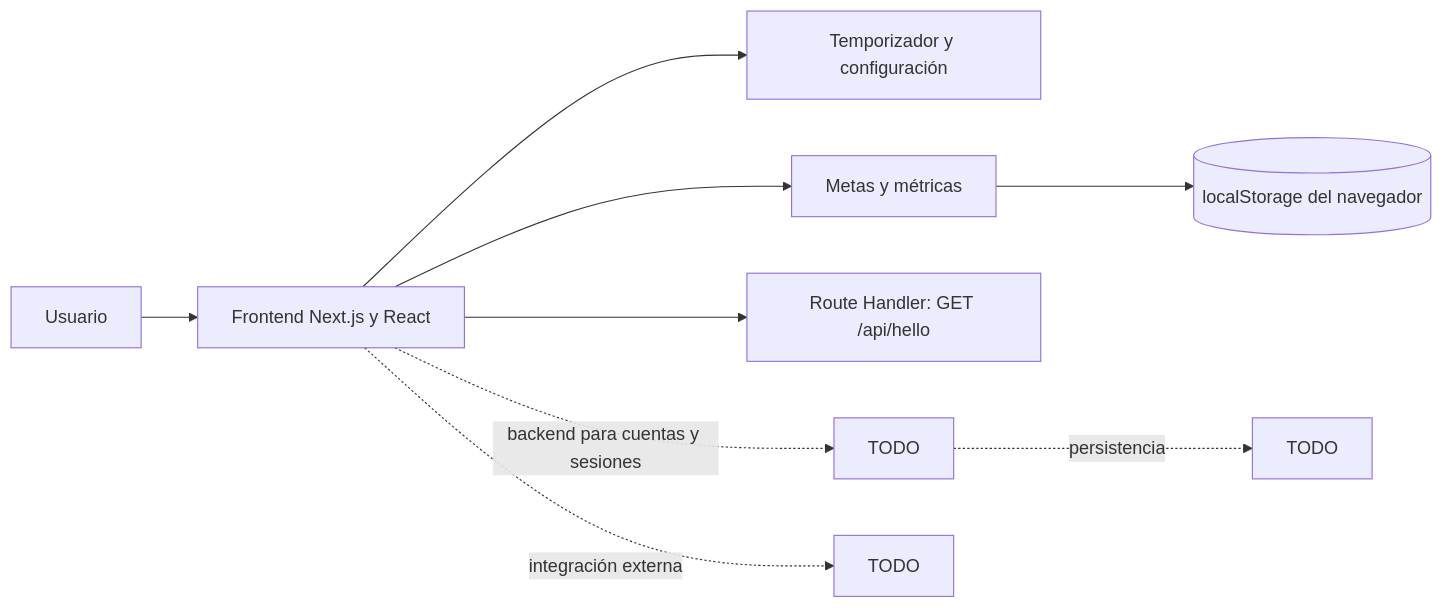
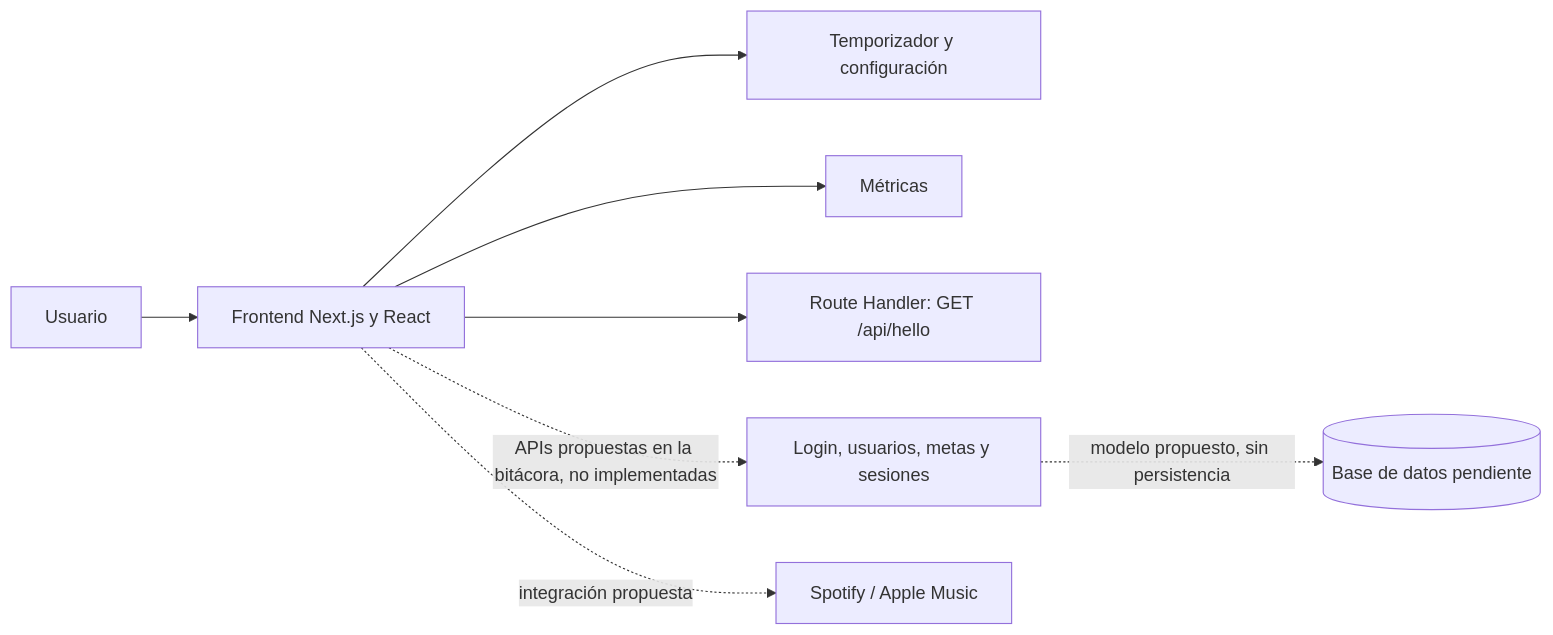
One commit to FrancoNavarreteN/TALLER4 changed the diagram in README.md. Above: the diagram before and after it, drawn with Mermaid. The commit also changed other lines of this file, not shown here.

Commit message:
Actualización del README.md: mejora en la descripción general, estado actual y detalles de implementación

````diff
--- a/README.md
+++ b/README.md
@@ -57,11 +57,10 @@
 ```mermaid
 flowchart LR
 	 U[Usuario] --> APP[Frontend Next.js y React]
 	 APP --> TIMER[Temporizador y configuración]
-	 APP --> GOALS[Metas y métricas]
-	 GOALS --> LS[(localStorage del navegador)]
+	 APP --> METRICS[Métricas]
 	 APP --> API[Route Handler: GET /api/hello]
-	 APP -. backend para cuentas y sesiones .-> BE[TODO]
-	 BE -. persistencia .-> DB[TODO]
-	 APP -. integración externa .-> EXT[TODO]
+	 APP -. APIs propuestas en la bitácora, no implementadas .-> BE[Login, usuarios, metas y sesiones]
+	 BE -. modelo propuesto, sin persistencia .-> DB[(Base de datos pendiente)]
+	 APP -. integración propuesta .-> EXT[Spotify / Apple Music]
 ```
````
